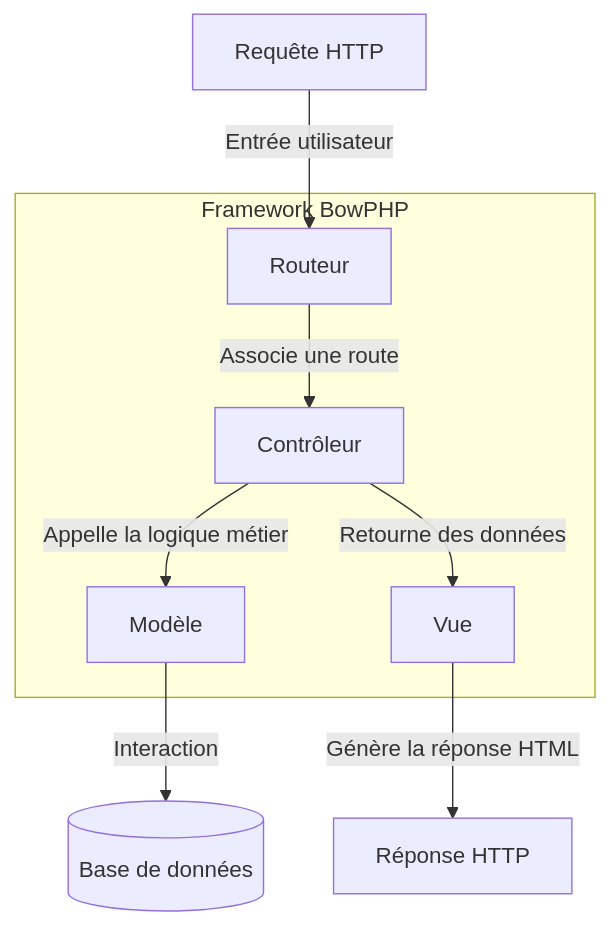
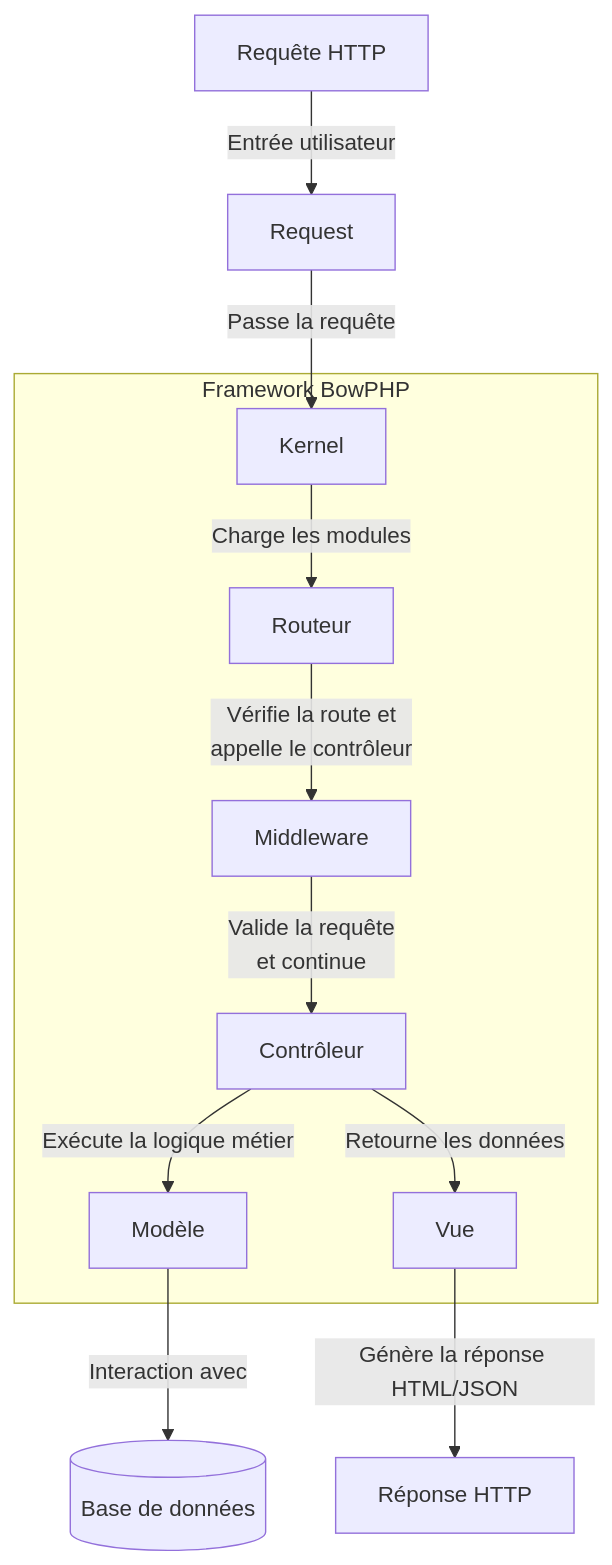
One commit to bowphp/docs changed the diagram in docs/concept.mdx. Above: the diagram before and after it, drawn with Mermaid. The commit also changed other lines of this file and 15 other files, not shown here.

````diff
--- a/docs/concept.mdx
+++ b/docs/concept.mdx
@@ -20,16 +106,21 @@
 ```mermaid
-graph TD
-    A[Requête HTTP] -->|Entrée utilisateur| B[Routeur]
-    B -->|Associe une route| C[Contrôleur]
-    C -->|Appelle la logique métier| D[Modèle]
-    D -->|Interaction| E[(Base de données)]
-    C -->|Retourne des données| F[Vue]
-    F -->|Génère la réponse HTML| G[Réponse HTTP]
+graph TB
+    A[Requête HTTP] -->|Entrée utilisateur| B[Request]
+    B -->|Passe la requête| C[Kernel]
+    C -->|Charge les modules| D[Routeur]
+    D -->|Vérifie la route et<br>appelle le contrôleur| E[Middleware]
+    E -->|Valide la requête<br>et continue| F[Contrôleur]
+    F -->|Exécute la logique métier| G[Modèle]
+    G -->|Interaction avec| H[(Base de données)]
+    F -->|Retourne les données| I[Vue]
+    I -->|Génère la réponse HTML/JSON| J[Réponse HTTP]
 
     subgraph Framework BowPHP
-        B
         C
         D
+        E
         F
+        G
+        I
     end
 ```
````
